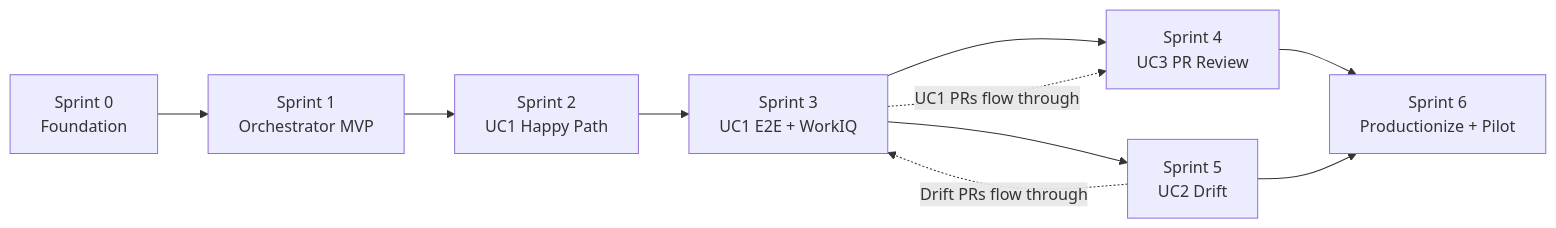
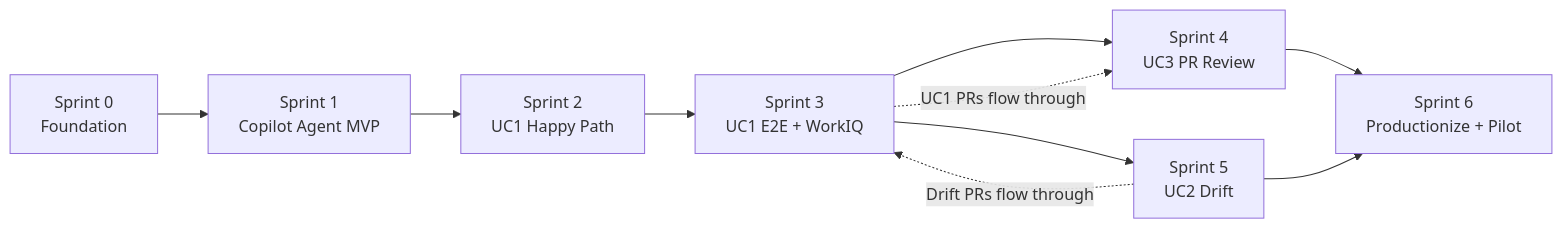
Before and after one commit to urruegg/AgenticDevOpsPlatform: the third of 3 diagrams in sprints/SPRINT_PLAN.md, drawn with Mermaid. The commit also changed other lines of this file and 22 other files, not shown here.

First line of the commit message:
docs: pivot runtime to GitHub Copilot coding agent (ADR-0002)

````diff
--- a/sprints/SPRINT_PLAN.md
+++ b/sprints/SPRINT_PLAN.md
@@ -108,21 +119,21 @@
 ```mermaid
 flowchart LR
     s0[Sprint 0<br/>Foundation]
-    s1[Sprint 1<br/>Orchestrator MVP]
+    s1[Sprint 1<br/>Copilot Agent MVP]
     s2[Sprint 2<br/>UC1 Happy Path]
     s3[Sprint 3<br/>UC1 E2E + WorkIQ]
     s4[Sprint 4<br/>UC3 PR Review]
     s5[Sprint 5<br/>UC2 Drift]
     s6[Sprint 6<br/>Productionize + Pilot]
 
     s0 --> s1
     s1 --> s2
     s2 --> s3
     s3 --> s4
     s3 --> s5
     s4 --> s6
     s5 --> s6
 
     s3 -. UC1 PRs flow through .-> s4
     s5 -. Drift PRs flow through .-> s3
 ```
````
